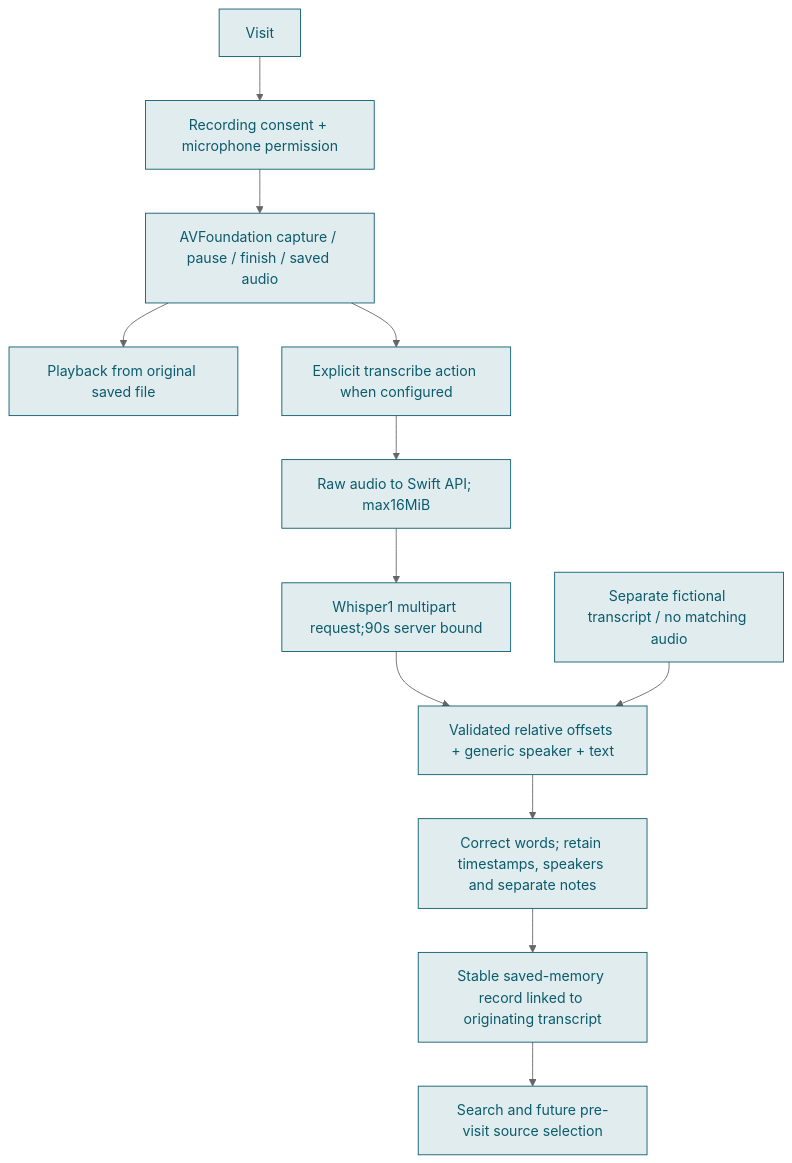
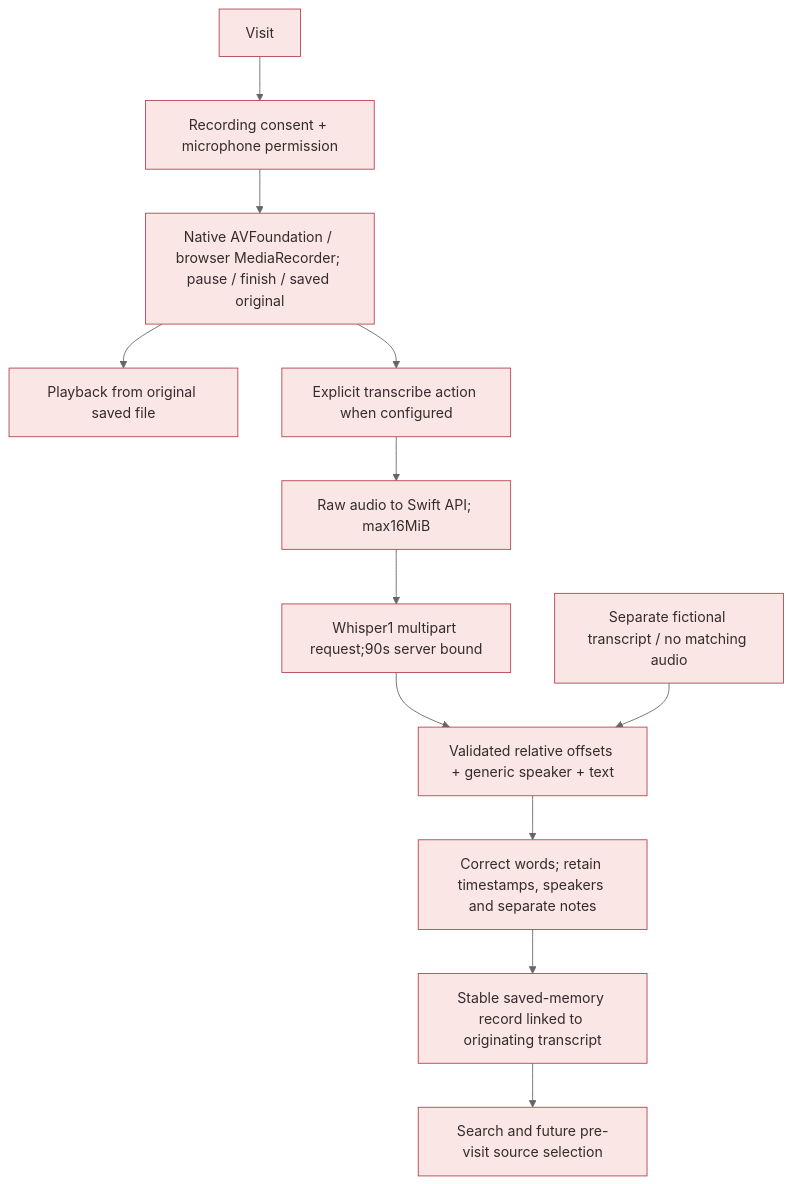
One commit to Siddiqui-R/2026_ricehackathon_medicine changed the fifth of 6 diagrams in docs/architecture.md. Above: the diagram before and after it, drawn with Mermaid (neutral theme). The commit also changed other lines of this file and 12 other files, not shown here.

````diff
--- a/docs/architecture.md
+++ b/docs/architecture.md
@@ -158,16 +172,16 @@
 ```mermaid
 flowchart TD
     VISIT["Visit"] --> CONSENT["Recording consent + microphone permission"]
-    CONSENT --> AUDIO["AVFoundation capture / pause / finish / saved audio"]
+    CONSENT --> AUDIO["Native AVFoundation / browser MediaRecorder; pause / finish / saved original"]
     AUDIO --> PLAY["Playback from original saved file"]
     AUDIO --> REQUEST["Explicit transcribe action when configured"]
     REQUEST --> SERVER["Raw audio to Swift API; max16MiB"]
     SERVER --> WHISPER["Whisper1 multipart request;90s server bound"]
     WHISPER --> SEGMENTS["Validated relative offsets + generic speaker + text"]
     SAMPLE["Separate fictional transcript / no matching audio"] --> SEGMENTS
     SEGMENTS --> EDIT["Correct words; retain timestamps, speakers and separate notes"]
     EDIT --> MEMORY["Stable saved-memory record linked to originating transcript"]
     MEMORY --> FUTURE["Search and future pre-visit source selection"]
-    classDef reva fill:#E1ECEE,stroke:#0A5B6C,color:#0A5B6C;
+    classDef reva fill:#FAE6E5,stroke:#B84250,color:#342B2C;
     class VISIT,CONSENT,AUDIO,PLAY,REQUEST,SERVER,WHISPER,SEGMENTS,SAMPLE,EDIT,MEMORY,FUTURE reva;
 ```
````
